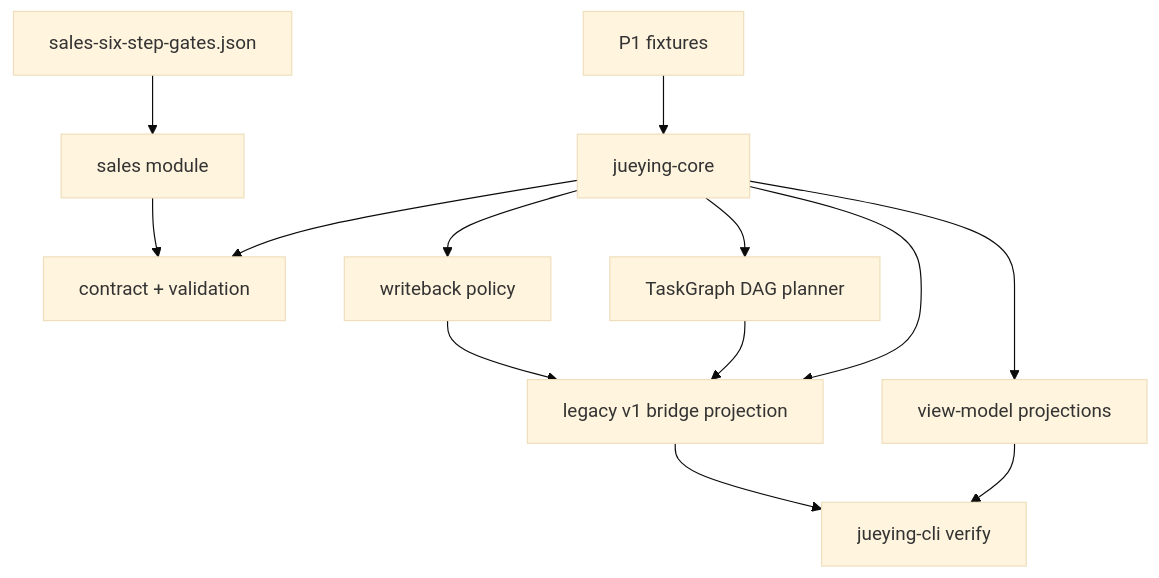
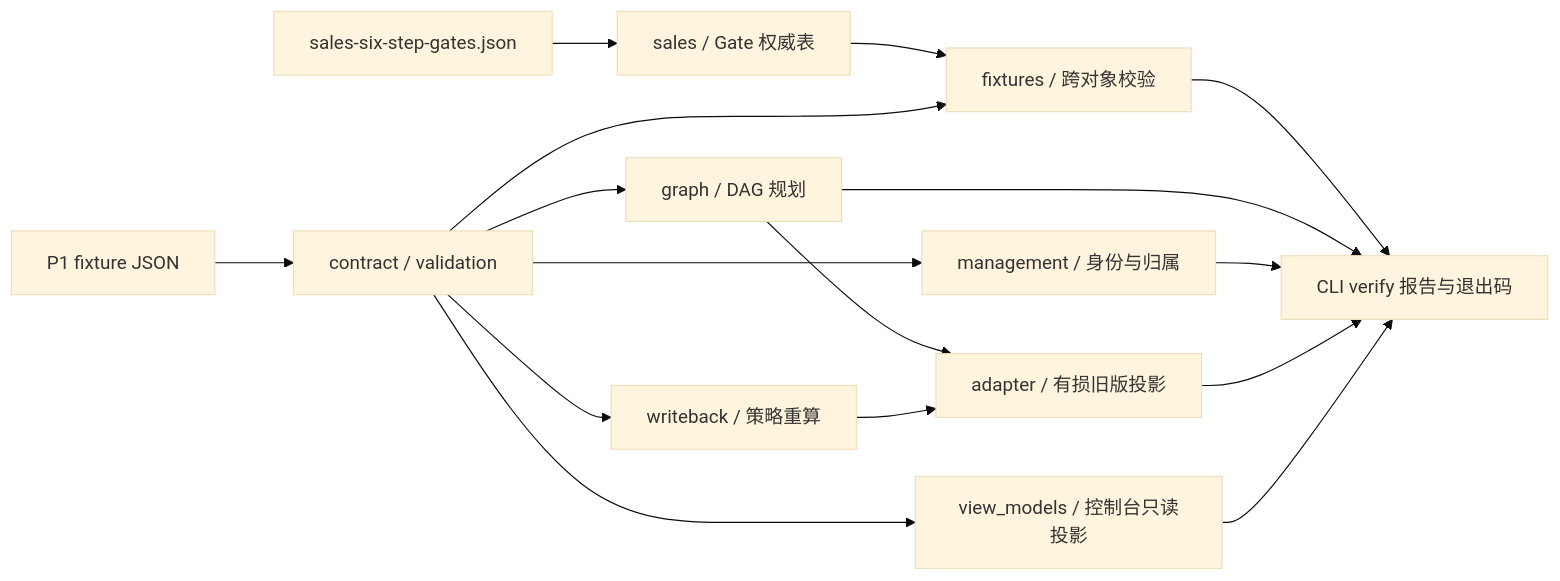
Before and after one commit to andyrenxu7255/jueying-agent: the diagram in jueying-mainline/rust/docs/architecture.md, drawn with Mermaid (base theme). The commit also changed other lines of this file and 34 other files, not shown here.

Commit message:
feat(mainline): harden rust architecture and audit boundaries

````diff
--- a/jueying-mainline/rust/docs/architecture.md
+++ b/jueying-mainline/rust/docs/architecture.md
@@ -5,15 +5,18 @@
 ```mermaid
-graph TB
-  Fixtures["P1 fixtures"] --> Core["jueying-core"]
-  Docs["sales-six-step-gates.json"] --> Sales["sales module"]
-  Core --> Contract["contract + validation"]
-  Core --> Graph["TaskGraph DAG planner"]
-  Core --> Views["view-model projections"]
-  Core --> Policy["writeback policy"]
-  Core --> Bridge["legacy v1 bridge projection"]
-  Graph --> Bridge
-  Sales --> Contract
-  Policy --> Bridge
-  Views --> Cli["jueying-cli verify"]
-  Bridge --> Cli
+flowchart LR
+  F["P1 fixture JSON"] --> C["contract / validation"]
+  G["sales-six-step-gates.json"] --> S["sales / Gate 权威表"]
+  C --> D["graph / DAG 规划"]
+  C --> P["writeback / 策略重算"]
+  C --> M["management / 身份与归属"]
+  S --> V["fixtures / 跨对象校验"]
+  C --> V
+  D --> B["adapter / 有损旧版投影"]
+  P --> B
+  V --> Q["CLI verify 报告与退出码"]
+  D --> Q
+  M --> Q
+  B --> Q
+  C --> W["view_models / 控制台只读投影"]
+  W --> Q
 ```
````
